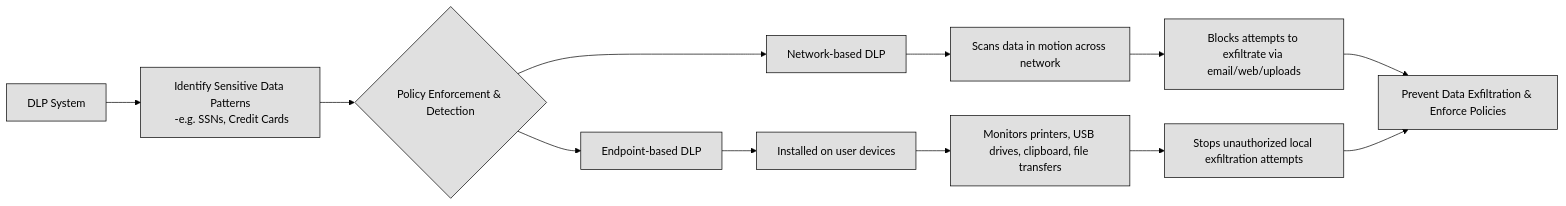
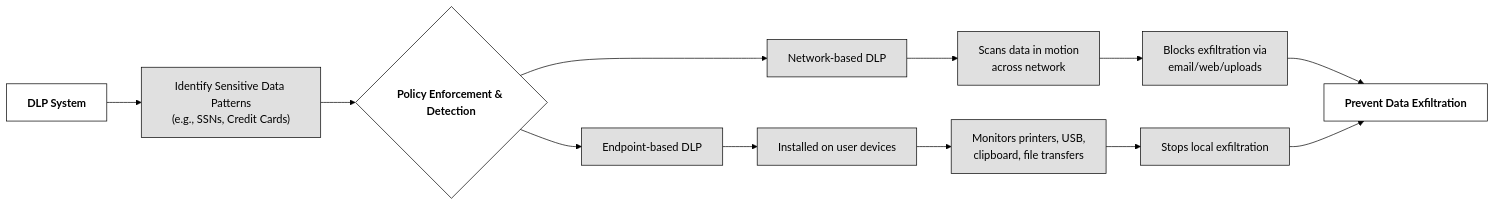
Before and after one commit to lorenzoleonelli/CISSP-Zero-to-Hero: the diagram in DOMAIN2: Asset Security/2.02 Establish information and asset handling requirements.md, drawn with Mermaid (forest theme).

Commit message:
Revise DLP flowchart and enhance asset labeling section
Updated the DLP system flowchart to improve clarity and added labeling techniques for asset security.

````diff
--- a/DOMAIN2: Asset Security/2.02 Establish information and asset handling requirements.md
+++ b/DOMAIN2: Asset Security/2.02 Establish information and asset handling requirements.md
@@ -7,20 +7,24 @@
 ```mermaid
 flowchart LR
-  A[DLP System] --> B[Identify Sensitive Data Patterns<br> -e.g. SSNs, Credit Cards]
-  B --> C{Policy Enforcement & Detection}
-  
-  C --> D[Network‑based DLP]
-  C --> E[Endpoint‑based DLP]
-  
-  D --> D1[Scans data in motion across network]
-  D1 --> D2[Blocks attempts to exfiltrate via email/web/uploads]
-  
-  E --> E1[Installed on user devices]
-  E1 --> E2[Monitors printers, USB drives, clipboard, file transfers]
-  E2 --> E3[Stops unauthorized local exfiltration attempts]
+    A[DLP System] --> B["Identify Sensitive Data Patterns<br/>(e.g., SSNs, Credit Cards)"]
+    B --> C{Policy Enforcement & Detection}
+    
+    C --> D[Network-based DLP]
+    C --> E[Endpoint-based DLP]
+    
+    D --> D1["Scans data in motion<br/>across network"]
+    D1 --> D2["Blocks exfiltration via<br/>email/web/uploads"]
+    
+    E --> E1[Installed on user devices]
+    E1 --> E2["Monitors printers, USB,<br/>clipboard, file transfers"]
+    E2 --> E3[Stops local exfiltration]
 
-  D2 & E3 --> F[Prevent Data Exfiltration & Enforce Policies]
+    D2 --> F[Prevent Data Exfiltration]
+    E3 --> F
 
-classDef center fill:#ffffff,color:#000000,stroke:#000000,stroke-width:1px,font-weight:bold
-classDef node fill:#e0e0e0,color:#000000,stroke:#000000,stroke-width:1px
-  ```
+    classDef center fill:#ffffff,color:#000000,stroke:#000000,stroke-width:1px,font-weight:bold
+    classDef node fill:#e0e0e0,color:#000000,stroke:#000000,stroke-width:1px
+
+    class A,C,F center
+    class B,D,E,D1,D2,E1,E2,E3 node
+```
````
